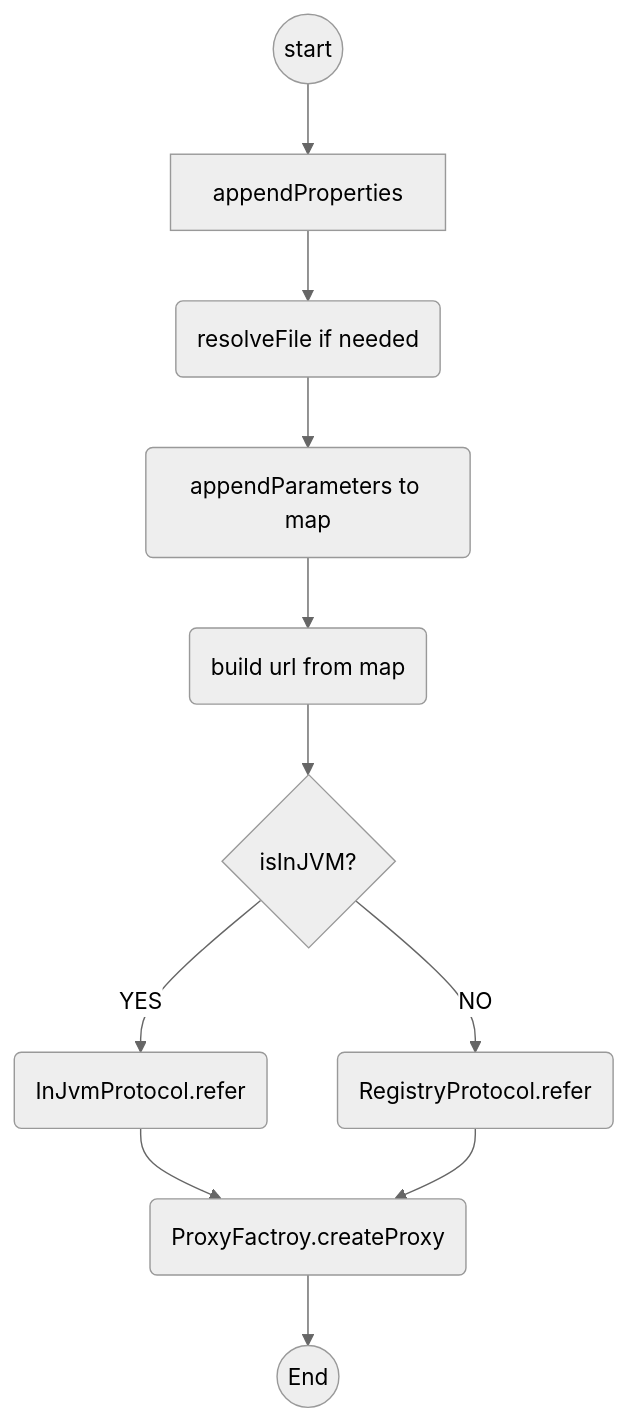
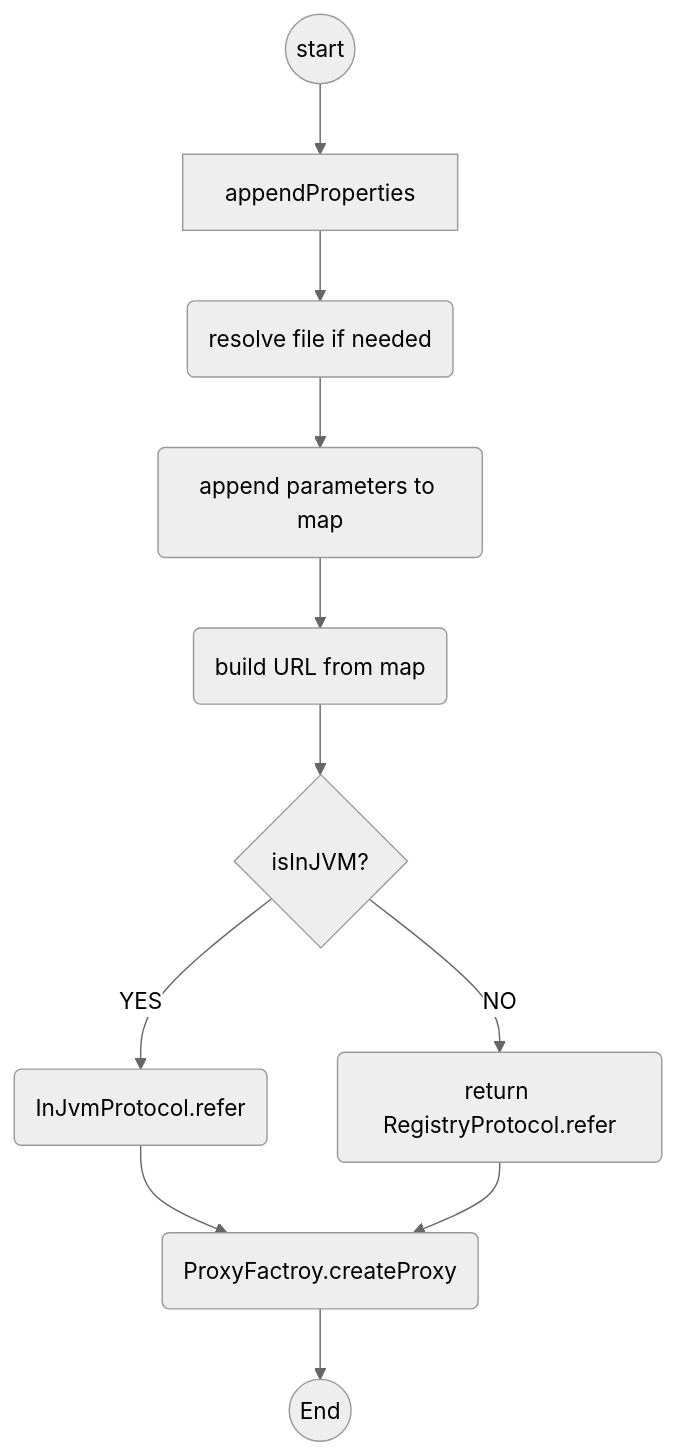
The third of 3 diagrams in dubbo/dubbo.md (zhudongdong/docs), drawn with Mermaid (neutral theme) before and after one commit. The commit also changed other lines of this file, not shown here.

Commit message:
Uploaded by https://stackedit.io/

````diff
--- a/dubbo/dubbo.md
+++ b/dubbo/dubbo.md
@@ -211,16 +211,15 @@
 ```mermaid
 graph TD
 Z((start))-->A[appendProperties]
-A--> B(resolveFile if needed) 
-B-->C(appendParameters to map)
-C-->D(build url from map)
-
+A--> B(resolve file if needed) 
+B-->C(append parameters to map)
+C-->D(build URL from map)
 D-->E{isInJVM?}
 E--YES-->F(InJvmProtocol.refer)
 F--> G(ProxyFactroy.createProxy)
 G-->H((End))
-E--NO-->I(RegistryProtocol.refer)
+E--NO-->I(return RegistryProtocol.refer)
 I-->G
 
 
 ```
````
